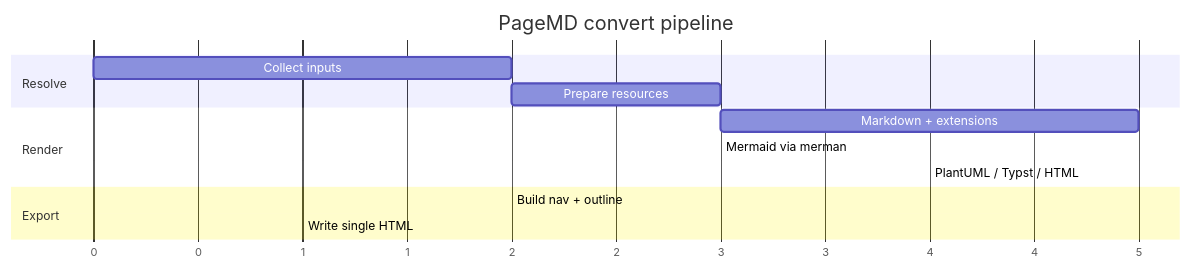
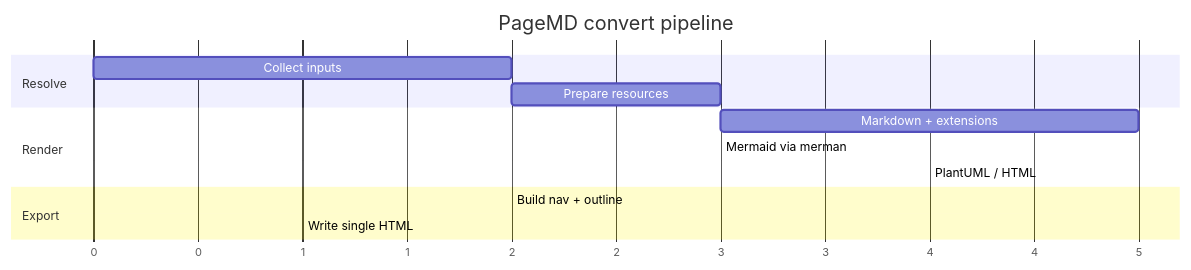
One commit to ikey4u/pagemd changed the seventh of 8 diagrams in examples/BASIC.md. Above: the diagram before and after it, drawn with Mermaid. The commit also changed other lines of this file and 19 other files, not shown here.

````diff
--- a/examples/BASIC.md
+++ b/examples/BASIC.md
@@ -284,16 +282,16 @@
 ```mermaid
 gantt
   title PageMD convert pipeline
   dateFormat X
   axisFormat %s
   section Resolve
     Collect inputs           :a1, 0, 2
     Prepare resources        :a2, after a1, 3
   section Render
     Markdown + extensions    :b1, after a2, 5
     Mermaid via merman       :b2, after b1, 3
-    PlantUML / Typst / HTML  :b3, after b1, 4
+    PlantUML / HTML  :b3, after b1, 4
   section Export
     Build nav + outline      :c1, after b2, 2
     Write single HTML        :c2, after c1, 1
 ```
````
